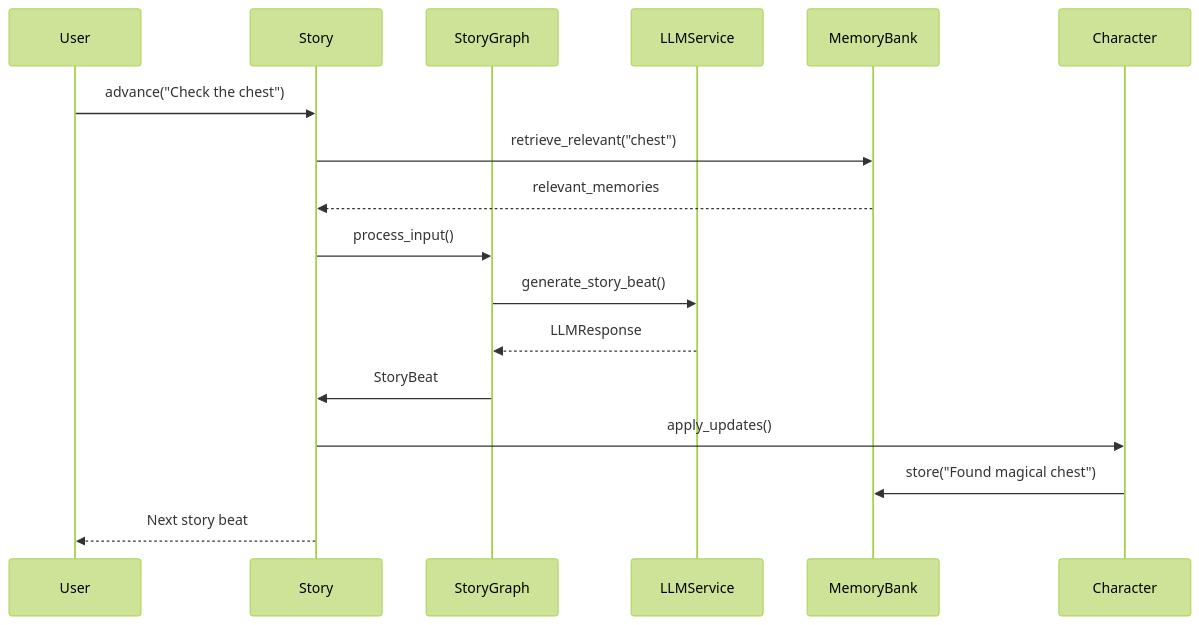
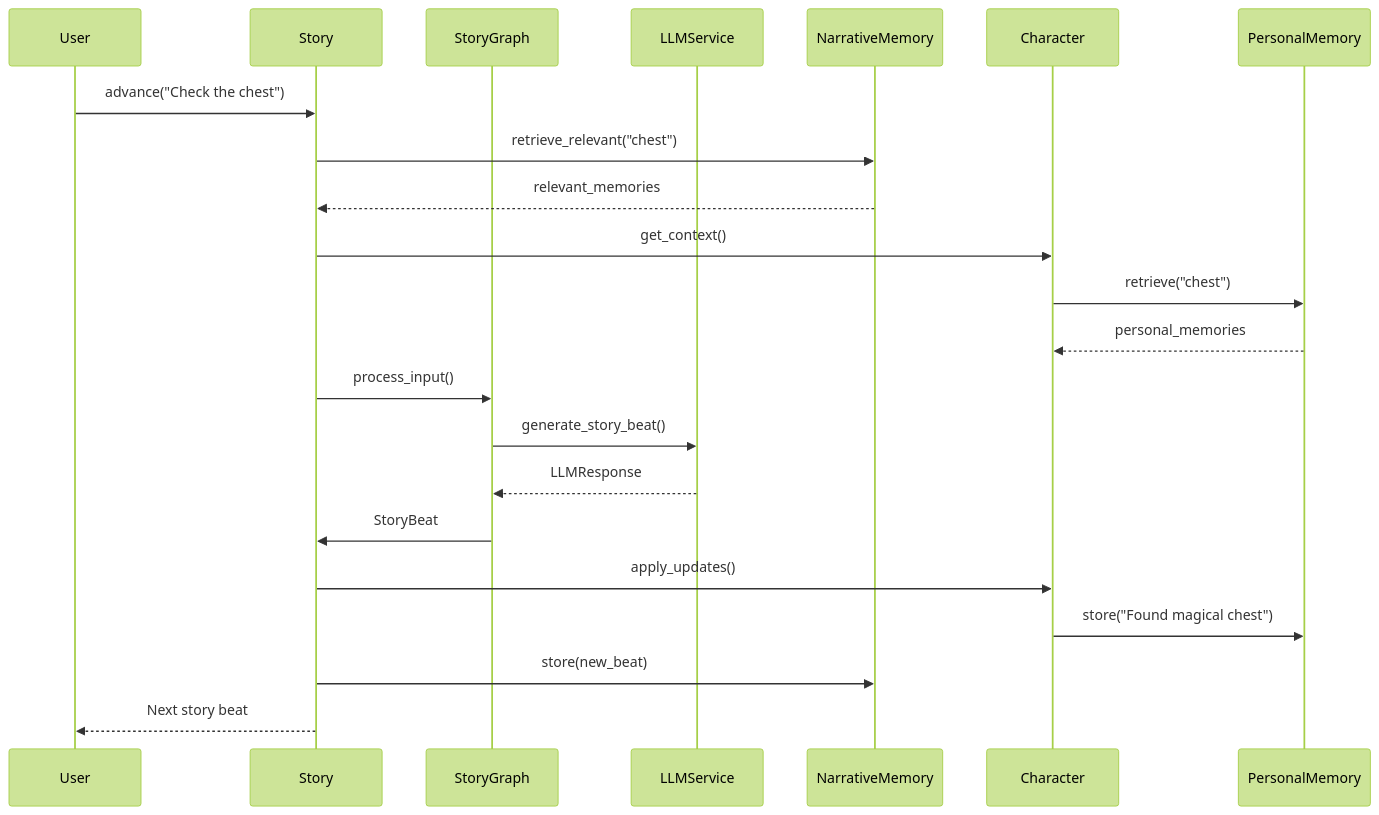
The second of 2 diagrams in README.md (kodackx/echo-forge-ai), drawn with Mermaid (forest theme) before and after one commit. The commit also changed other lines of this file and 4 other files, not shown here.

Commit message:
graph updates and llm call updates

````diff
--- a/README.md
+++ b/README.md
@@ -165,20 +167,25 @@
 ```mermaid
 sequenceDiagram
     participant User
     participant Story
     participant StoryGraph
     participant LLMService
-    participant MemoryBank
+    participant NarrativeMemory
     participant Character
+    participant PersonalMemory
     
     User->>Story: advance("Check the chest")
-    Story->>MemoryBank: retrieve_relevant("chest")
-    MemoryBank-->>Story: relevant_memories
+    Story->>NarrativeMemory: retrieve_relevant("chest")
+    NarrativeMemory-->>Story: relevant_memories
+    Story->>Character: get_context()
+    Character->>PersonalMemory: retrieve("chest")
+    PersonalMemory-->>Character: personal_memories
     Story->>StoryGraph: process_input()
     StoryGraph->>LLMService: generate_story_beat()
     LLMService-->>StoryGraph: LLMResponse
     StoryGraph->>Story: StoryBeat
     Story->>Character: apply_updates()
-    Character->>MemoryBank: store("Found magical chest")
+    Character->>PersonalMemory: store("Found magical chest")
+    Story->>NarrativeMemory: store(new_beat)
     Story-->>User: Next story beat
 ```
````
